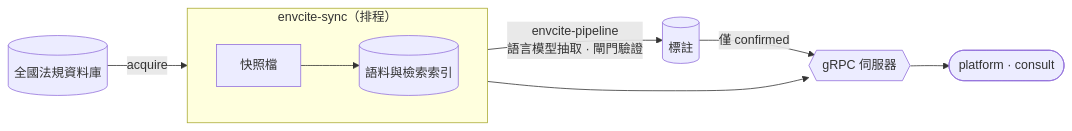
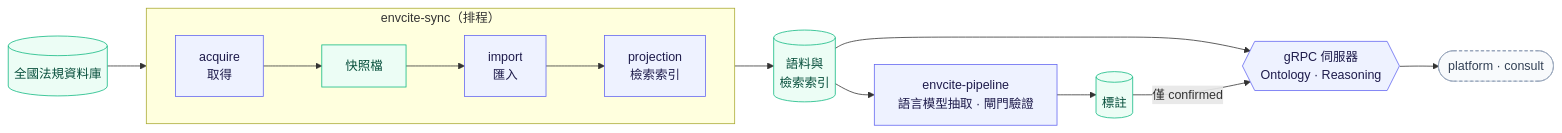
The diagram in services/ontology/README.md (elihu0211/envcite), drawn with Mermaid before and after one commit. The commit also changed 7 other files, not shown here.

Commit message:
chore(deps): .NET SDK 升至 10.0.402，並以 Mermaid 重繪各文件流程圖

````diff
--- a/services/ontology/README.md
+++ b/services/ontology/README.md
@@ -16,13 +16,32 @@
 ```mermaid
+%%{init: {"flowchart": {"curve": "basis"}}}%%
 flowchart LR
-    src[(全國法規資料庫)]
+    src[("全國法規資料庫")]
+
     subgraph sync["envcite-sync（排程）"]
         direction LR
-        snap[快照檔] --> corpus[(語料與檢索索引)]
+        acquire["acquire<br/>取得"] --> snap["快照檔"]
+        snap --> import["import<br/>匯入"]
+        import --> proj["projection<br/>檢索索引"]
     end
-    src -->|acquire| snap
-    corpus -->|"envcite-pipeline<br/>語言模型抽取 · 閘門驗證"| ann[(標註)]
-    corpus --> api{{gRPC 伺服器}}
-    ann -->|僅 confirmed| api
-    api --> callers([platform · consult])
+
+    corpus[("語料與<br/>檢索索引")]
+    pipeline["envcite-pipeline<br/>語言模型抽取 · 閘門驗證"]
+    ann[("標註")]
+    api{{"gRPC 伺服器<br/>Ontology · Reasoning"}}
+    callers(["platform · consult"])
+
+    src --> acquire
+    proj --> corpus
+    corpus --> pipeline --> ann
+    corpus --> api
+    ann -->|"僅 confirmed"| api
+    api --> callers
+
+    classDef job fill:#eef2ff,stroke:#6366f1,color:#1e1b4b
+    classDef store fill:#ecfdf5,stroke:#10b981,color:#064e3b
+    classDef ext fill:#f8fafc,stroke:#94a3b8,stroke-dasharray:4 3,color:#334155
+    class acquire,import,proj,pipeline,api job
+    class src,snap,corpus,ann store
+    class callers ext
 ```
````
